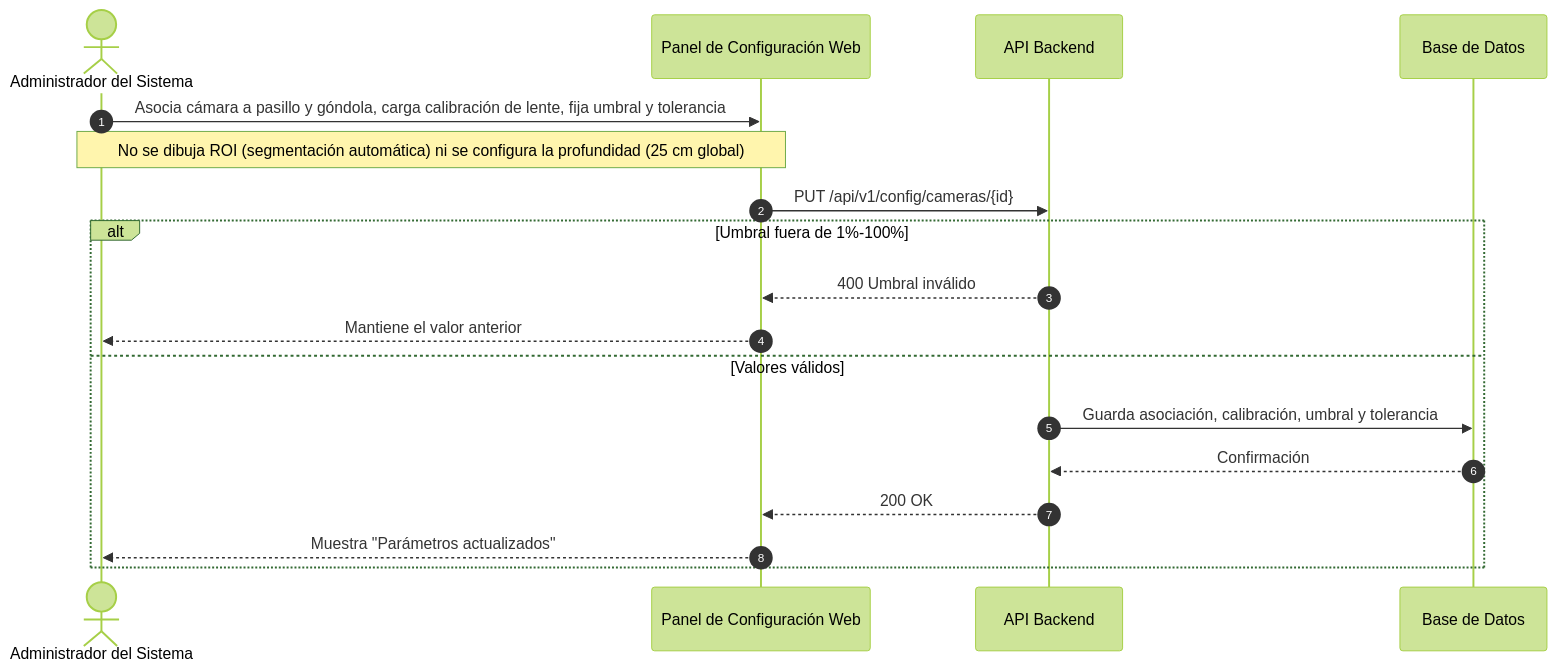
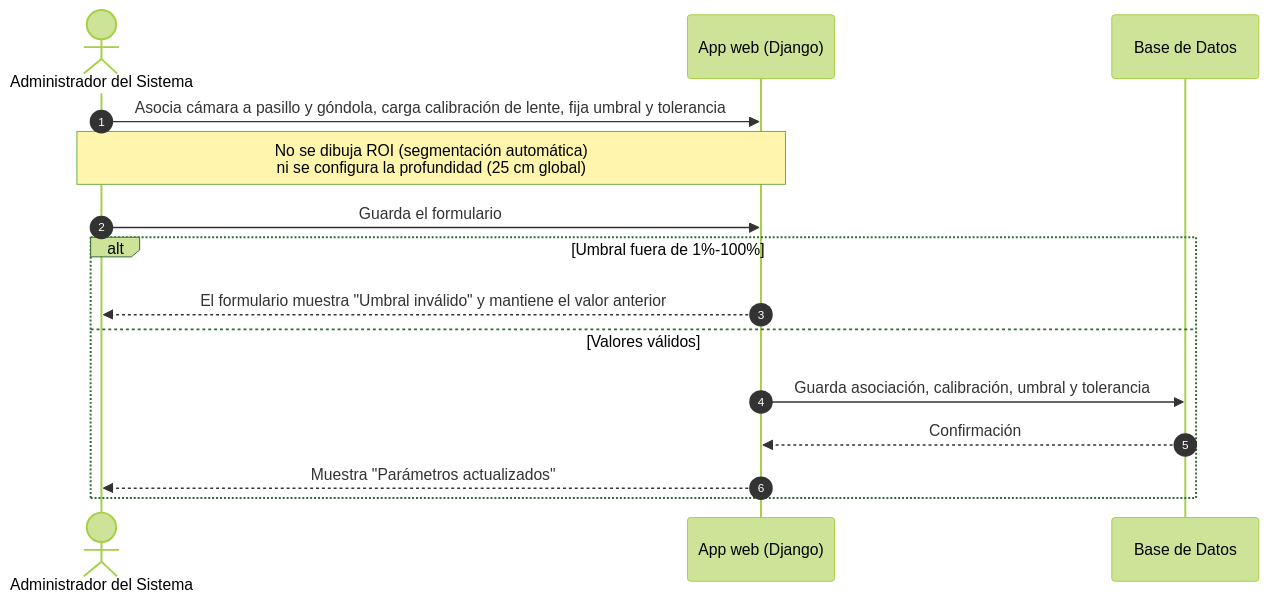
One commit to marianapeachy/capstone changed the diagram in Anexos/Diseño/Diagramas fuente (Mermaid)/Diagrama C.U 05.mmd. Above: the diagram before and after it, drawn with Mermaid (forest theme). The commit also changed 5 other files, not shown here.

Commit message:
docs: replace REST and JWT calls with Django pages in CU03-CU05 diagrams (#42)

```diff
--- a/Anexos/Diseño/Diagramas fuente (Mermaid)/Diagrama C.U 05.mmd
+++ b/Anexos/Diseño/Diagramas fuente (Mermaid)/Diagrama C.U 05.mmd
@@ -1,18 +1,15 @@
 sequenceDiagram
     autonumber
     actor Adm as Administrador del Sistema
-    participant Web as Panel de Configuración Web
-    participant API as API Backend
+    participant Web as App web (Django)
     participant BD as Base de Datos
     Adm->>Web: Asocia cámara a pasillo y góndola, carga calibración de lente, fija umbral y tolerancia
-    Note over Adm,Web: No se dibuja ROI (segmentación automática) ni se configura la profundidad (25 cm global)
-    Web->>API: PUT /api/v1/config/cameras/{id}
+    Note over Adm,Web: No se dibuja ROI (segmentación automática)<br/>ni se configura la profundidad (25 cm global)
+    Adm->>Web: Guarda el formulario
     alt Umbral fuera de 1%-100%
-        API-->>Web: 400 Umbral inválido
-        Web-->>Adm: Mantiene el valor anterior
+        Web-->>Adm: El formulario muestra "Umbral inválido" y mantiene el valor anterior
     else Valores válidos
-        API->>BD: Guarda asociación, calibración, umbral y tolerancia
-        BD-->>API: Confirmación
-        API-->>Web: 200 OK
+        Web->>BD: Guarda asociación, calibración, umbral y tolerancia
+        BD-->>Web: Confirmación
         Web-->>Adm: Muestra "Parámetros actualizados"
     end
```
